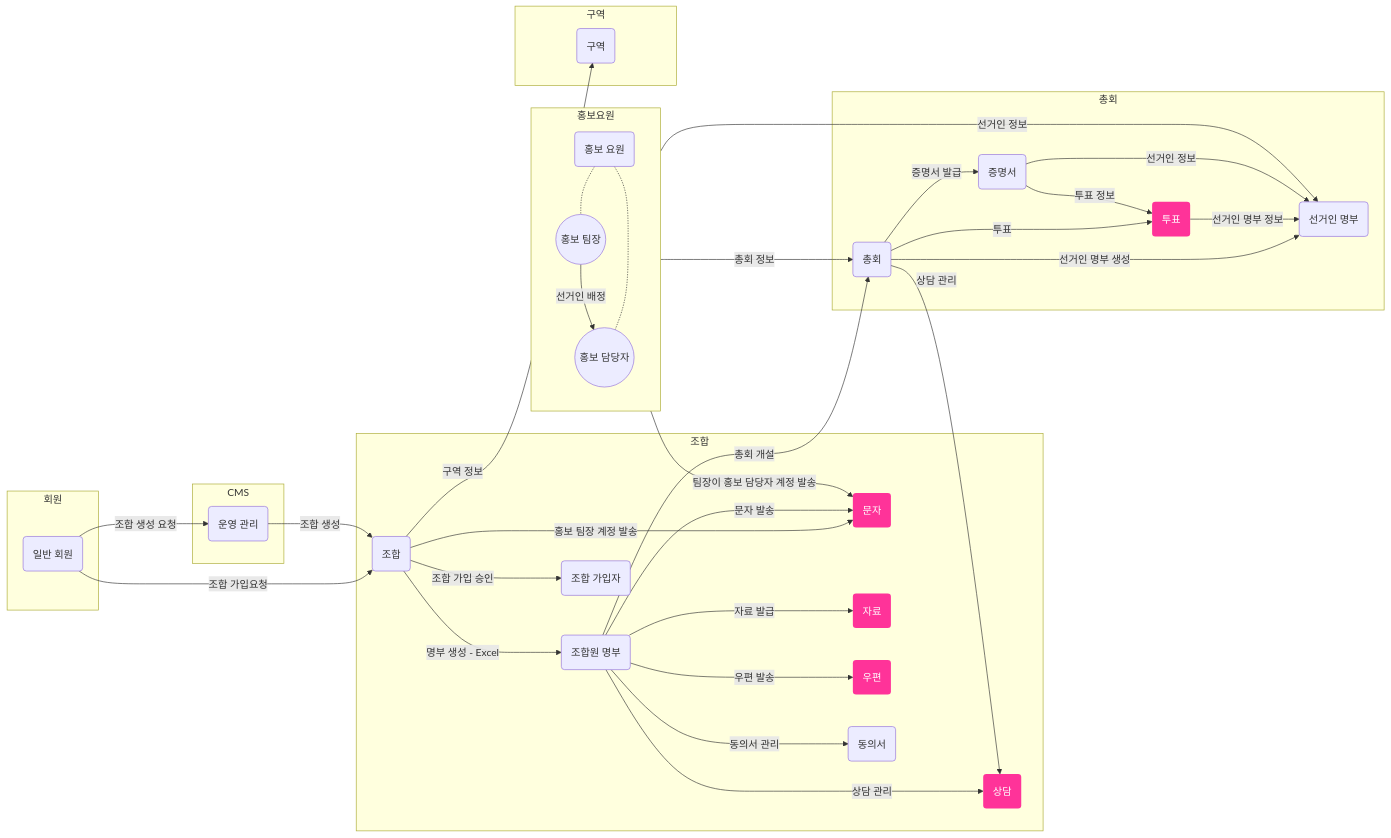
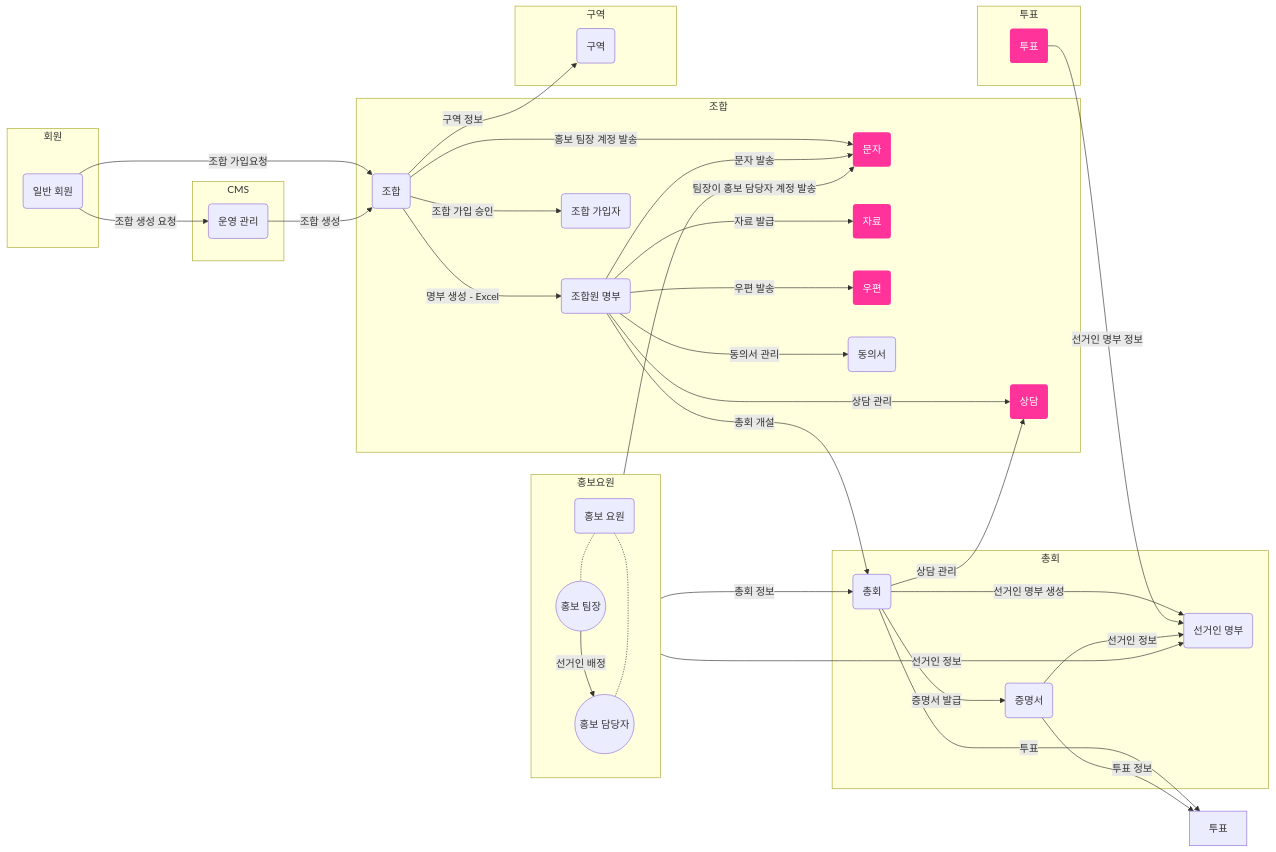
One commit to next-step/career-domain changed the second of 3 diagrams in Domain/domainModel-monkeydugi.md. Above: the diagram before and after it, drawn with Mermaid. The commit also changed other lines of this file, not shown here.

````diff
--- a/Domain/domainModel-monkeydugi.md
+++ b/Domain/domainModel-monkeydugi.md
@@ -87,70 +87,72 @@
 ```mermaid
 flowchart LR
 %% Colors %%
     classDef blue fill:#2374f7,stroke-width:0px,color:#fff
     classDef green fill:#137433,stroke-width:0px,color:#fff
     classDef red fill:#FF3399,stroke-width:0px,color:#fff
     classDef orange fill:#FFB226,stroke-width:0px,color:#fff
     classDef yellow fill:#CCCC00,stroke-width:0px,color:#fff
     classDef violet fill:#6600CC,stroke-width:0px,color:#fff
     
     subgraph 조합
         Union_Regi(조합원 명부)
         Union_Member(조합 가입자)
         Union(조합)        
         Sms(문자):::red
         Materials(자료):::red
         Post(우편):::red
         Consultation(상담):::red
         Agreement(동의서)
     end
     
     subgraph 구역 
         Zone(구역)
     end
     subgraph 회원 
         Member(일반 회원)
     end
     subgraph CMS 
         CMS(운영 관리)
     end
     
     subgraph 총회
         Certificate(증명서)
         Meet(총회)
         Meet_Participant(선거인 명부)
+    end
+    subgraph 투표 
         Vote(투표):::red
     end
     subgraph 홍보요원
         Promotion_Team(홍보 요원)
         Promotion_Leader((홍보 팀장))
         Promotion_Manager((홍보 담당자))
         Promotion_Leader --> |선거인 배정| Promotion_Manager
     end
     
     Member --> |조합 가입요청| Union
     Member --> |조합 생성 요청| CMS
     CMS --> |조합 생성| Union
     Union --> |조합 가입 승인| Union_Member
     Union --> |구역 정보| Zone
     Union --> |명부 생성 - Excel| Union_Regi
     Union --> |홍보 팀장 계정 발송| Sms
     Union_Regi --> |우편 발송| Post
     Union_Regi --> |문자 발송| Sms
     Union_Regi --> |자료 발급| Materials
     Union_Regi --> |동의서 관리| Agreement
     Union_Regi --> |상담 관리| Consultation
     Union_Regi --> |총회 개설| Meet
     Meet --> |선거인 명부 생성| Meet_Participant
     Meet --> |증명서 발급| Certificate
-    Meet --> |투표| Vote
+    Meet --> |투표| 투표
     Meet --> |상담 관리| Consultation
     Vote --> |선거인 명부 정보| Meet_Participant
-    Certificate --> |투표 정보| Vote
+    Certificate --> |투표 정보| 투표
     Certificate --> |선거인 정보| Meet_Participant
     Promotion_Team -.- Promotion_Leader
     Promotion_Team -.- Promotion_Manager
     홍보요원 --> |팀장이 홍보 담당자 계정 발송| Sms
     홍보요원 --> |총회 정보| Meet
     홍보요원 --> |선거인 정보| Meet_Participant
 ```
````
